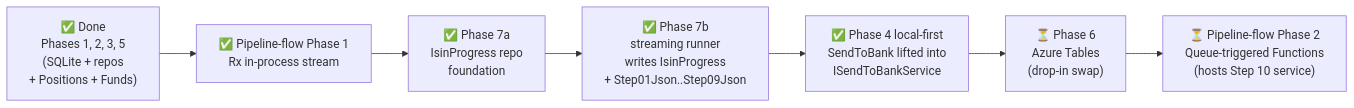
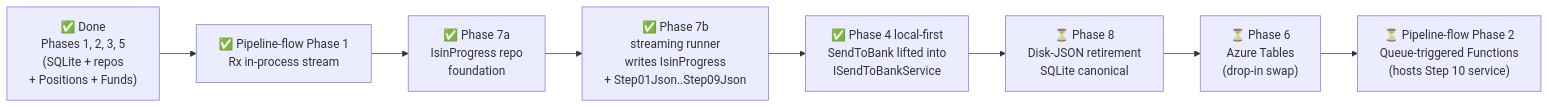
One commit to Muhomorik/FikaFinans changed the sixth of 6 diagrams in Docs/storage-migration-plan.md. Above: the diagram before and after it, drawn with Mermaid. The commit also changed other lines of this file, not shown here.

Commit message:
Update `storage-migration-plan.md` to document Phase 8 scope, sequence, and timeline; adjust per-phase dependencies and diagrams accordingly.

````diff
--- a/Docs/storage-migration-plan.md
+++ b/Docs/storage-migration-plan.md
@@ -387,9 +389,10 @@
 ```mermaid
 flowchart LR
   done["✅ Done<br/>Phases 1, 2, 3, 5<br/>(SQLite + repos<br/>+ Positions + Funds)"] --> rx["✅ Pipeline-flow Phase 1<br/>Rx in-process stream"]
   rx --> p7a["✅ Phase 7a<br/>IsinProgress repo<br/>foundation"]
   p7a --> p7b["✅ Phase 7b<br/>streaming runner<br/>writes IsinProgress<br/>+ Step01Json..Step09Json"]
   p7b --> p4local["✅ Phase 4 local-first<br/>SendToBank lifted into<br/>ISendToBankService"]
-  p4local --> p6["⏳ Phase 6<br/>Azure Tables<br/>(drop-in swap)"]
+  p4local --> p8["⏳ Phase 8<br/>Disk-JSON retirement<br/>SQLite canonical"]
+  p8 --> p6["⏳ Phase 6<br/>Azure Tables<br/>(drop-in swap)"]
   p6 --> p2["⏳ Pipeline-flow Phase 2<br/>Queue-triggered Functions<br/>(hosts Step 10 service)"]
 ```
````
